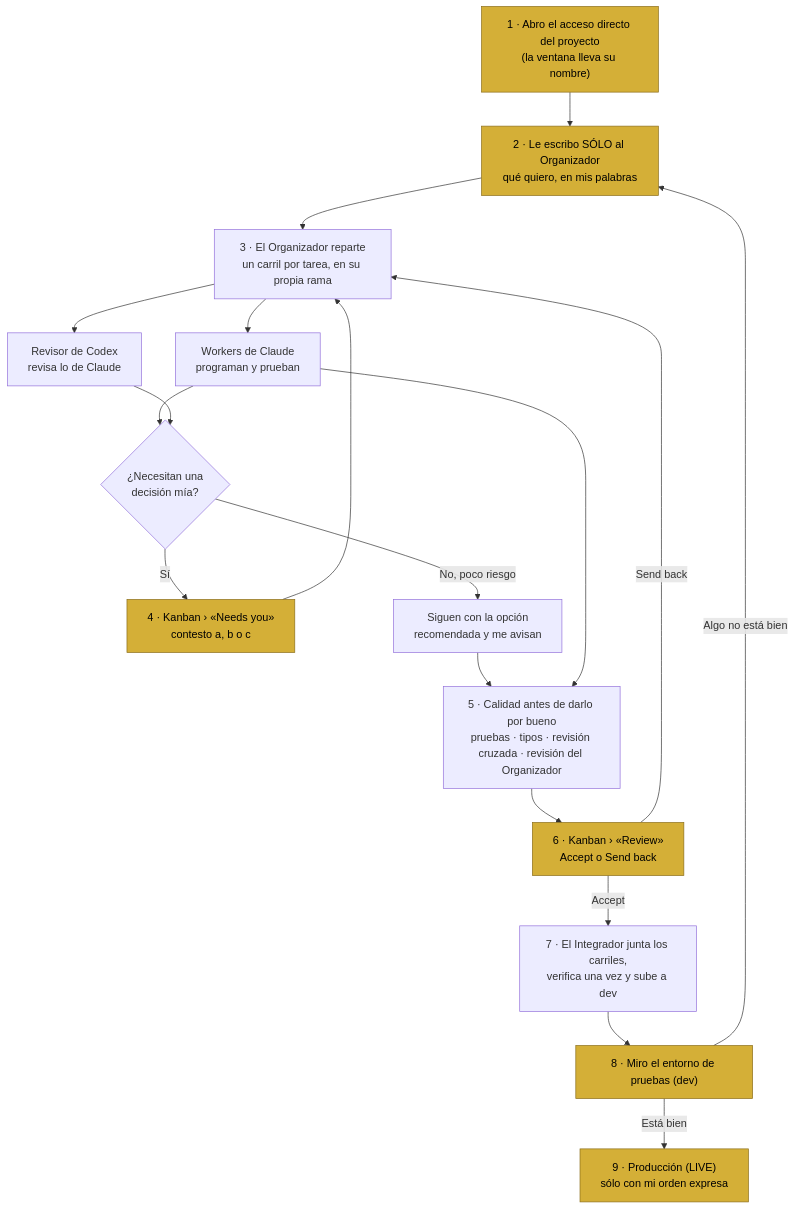
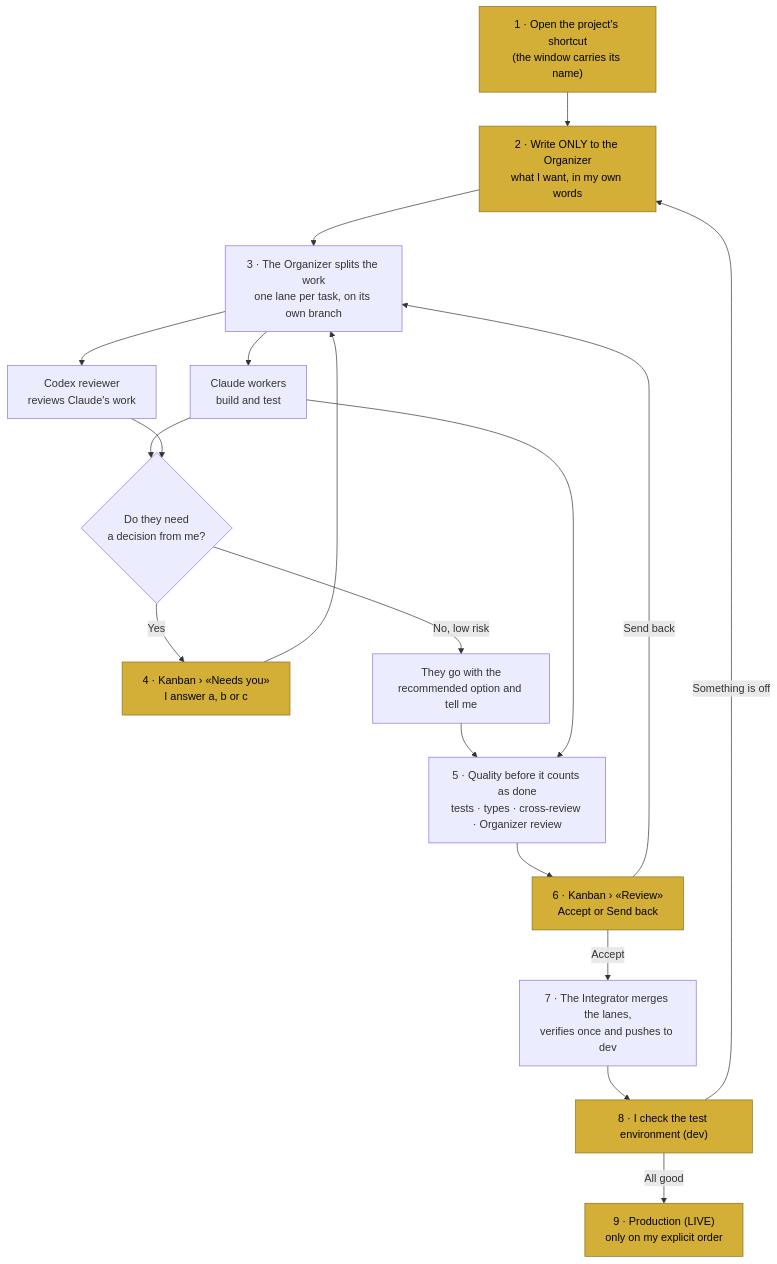
Before and after one commit to xRyUxSama/xRyUxSama: the diagram in README.md, drawn with Mermaid. The commit also changed other lines of this file, not shown here.

Commit message:
docs: AgentMux workflow diagram in English

````diff
--- a/README.md
+++ b/README.md
@@ -44,23 +44,23 @@
 ```mermaid
 flowchart TD
-    A["1 · Abro el acceso directo del proyecto<br/>(la ventana lleva su nombre)"] --> B["2 · Le escribo SÓLO al Organizador<br/>qué quiero, en mis palabras"]
-    B --> C["3 · El Organizador reparte<br/>un carril por tarea, en su propia rama"]
-    C --> W["Workers de Claude<br/>programan y prueban"]
-    C --> X["Revisor de Codex<br/>revisa lo de Claude"]
-    W --> Q{"¿Necesitan una<br/>decisión mía?"}
+    A["1 · Open the project's shortcut<br/>(the window carries its name)"] --> B["2 · Write ONLY to the Organizer<br/>what I want, in my own words"]
+    B --> C["3 · The Organizer splits the work<br/>one lane per task, on its own branch"]
+    C --> W["Claude workers<br/>build and test"]
+    C --> X["Codex reviewer<br/>reviews Claude's work"]
+    W --> Q{"Do they need<br/>a decision from me?"}
     X --> Q
-    Q -- "Sí" --> K["4 · Kanban › «Needs you»<br/>contesto a, b o c"]
+    Q -- "Yes" --> K["4 · Kanban › «Needs you»<br/>I answer a, b or c"]
     K --> C
-    Q -- "No, poco riesgo" --> R["Siguen con la opción<br/>recomendada y me avisan"]
+    Q -- "No, low risk" --> R["They go with the<br/>recommended option and tell me"]
     R --> V
-    W --> V["5 · Calidad antes de darlo por bueno<br/>pruebas · tipos · revisión cruzada · revisión del Organizador"]
-    V --> S["6 · Kanban › «Review»<br/>Accept o Send back"]
+    W --> V["5 · Quality before it counts as done<br/>tests · types · cross-review · Organizer review"]
+    V --> S["6 · Kanban › «Review»<br/>Accept or Send back"]
     S -- "Send back" --> C
-    S -- "Accept" --> I["7 · El Integrador junta los carriles,<br/>verifica una vez y sube a dev"]
-    I --> D["8 · Miro el entorno de pruebas (dev)"]
-    D -- "Algo no está bien" --> B
-    D -- "Está bien" --> L["9 · Producción (LIVE)<br/>sólo con mi orden expresa"]
+    S -- "Accept" --> I["7 · The Integrator merges the lanes,<br/>verifies once and pushes to dev"]
+    I --> D["8 · I check the test environment (dev)"]
+    D -- "Something is off" --> B
+    D -- "All good" --> L["9 · Production (LIVE)<br/>only on my explicit order"]
 
-    classDef yo fill:#d4af37,stroke:#8a6d1a,color:#000
-    class A,B,K,S,D,L yo
+    classDef me fill:#d4af37,stroke:#8a6d1a,color:#000
+    class A,B,K,S,D,L me
 ```
````
